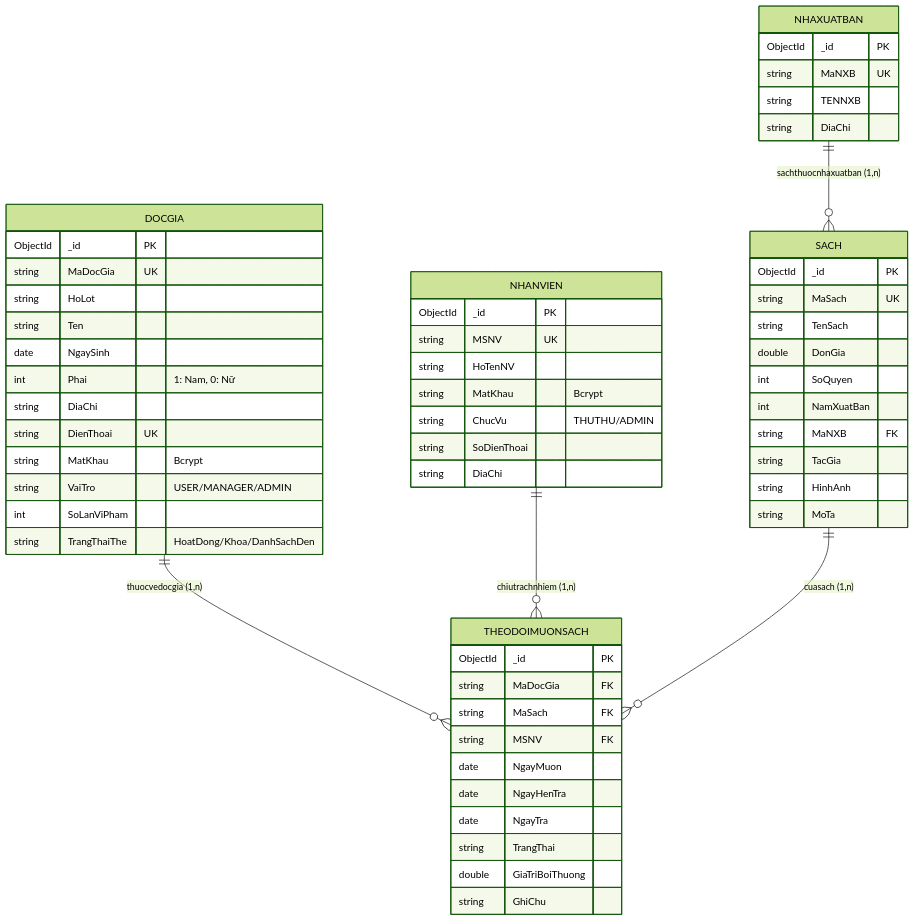
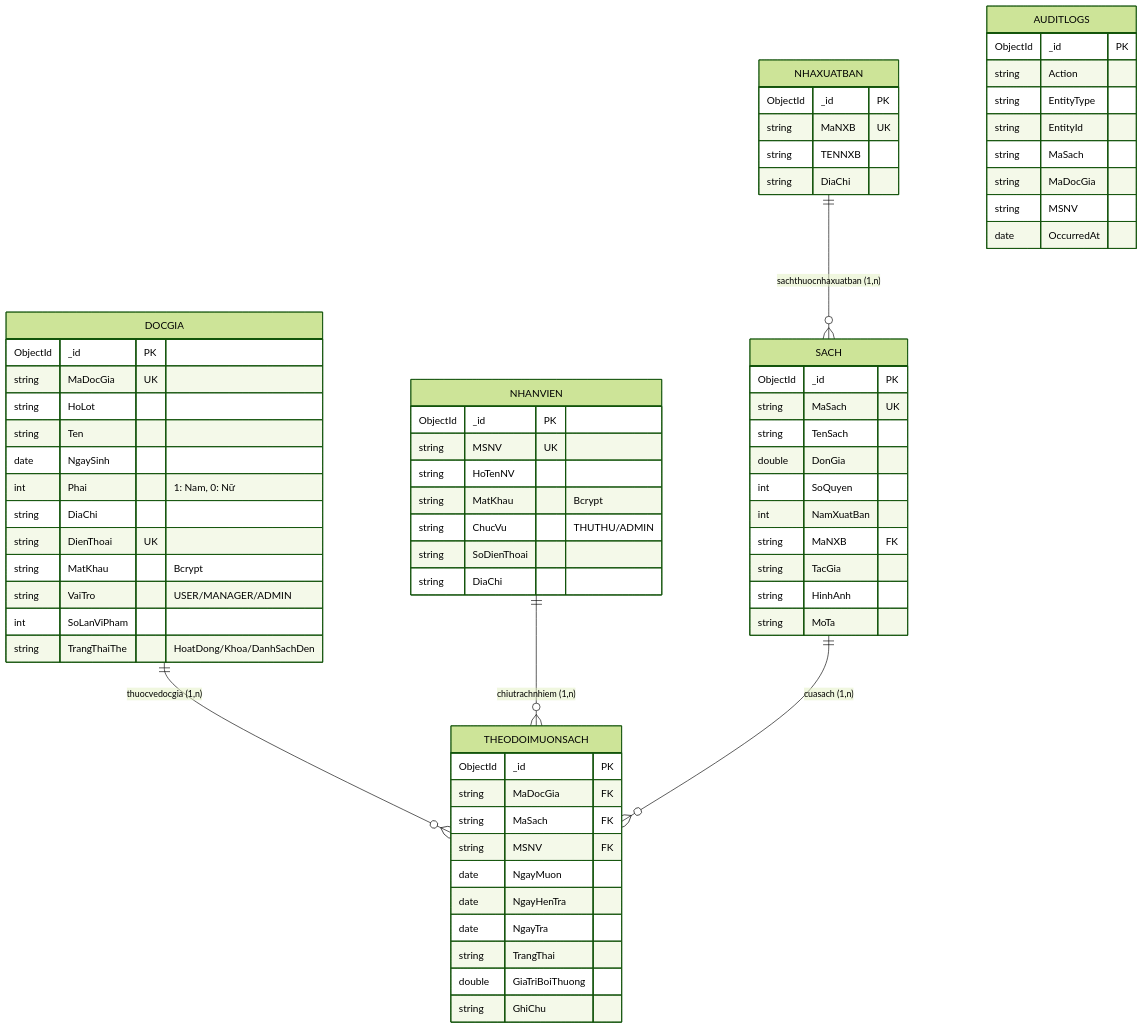
The diagram in docs/02_DATABASE.md (TranAnhVu2005/B2306603_Tran_Anh_Vu_Manage_Book_At_Library), drawn with Mermaid (forest theme) before and after one commit. The commit also changed other lines of this file and 21 other files, not shown here.

````diff
--- a/docs/02_DATABASE.md
+++ b/docs/02_DATABASE.md
@@ -126,65 +155,76 @@
 ```mermaid
 erDiagram
     DOCGIA ||--o{ THEODOIMUONSACH : "thuocvedocgia (1,n)"
     NHANVIEN ||--o{ THEODOIMUONSACH : "chiutrachnhiem (1,n)"
     SACH ||--o{ THEODOIMUONSACH : "cuasach (1,n)"
     NHAXUATBAN ||--o{ SACH : "sachthuocnhaxuatban (1,n)"
 
     DOCGIA {
         ObjectId _id PK
         string MaDocGia UK
         string HoLot
         string Ten
         date NgaySinh
         int Phai "1: Nam, 0: Nữ"
         string DiaChi
         string DienThoai UK
         string MatKhau "Bcrypt"
         string VaiTro "USER/MANAGER/ADMIN"
         int SoLanViPham
         string TrangThaiThe "HoatDong/Khoa/DanhSachDen"
     }
 
     NHANVIEN {
         ObjectId _id PK
         string MSNV UK
         string HoTenNV
         string MatKhau "Bcrypt"
         string ChucVu "THUTHU/ADMIN"
         string SoDienThoai
         string DiaChi
     }
 
     SACH {
         ObjectId _id PK
         string MaSach UK
         string TenSach
         double DonGia
         int SoQuyen
         int NamXuatBan
         string MaNXB FK
         string TacGia
         string HinhAnh
         string MoTa
     }
 
     NHAXUATBAN {
         ObjectId _id PK
         string MaNXB UK
         string TENNXB
         string DiaChi
     }
 
     THEODOIMUONSACH {
         ObjectId _id PK
         string MaDocGia FK
         string MaSach FK
         string MSNV FK
         date NgayMuon
         date NgayHenTra
         date NgayTra
         string TrangThai
         double GiaTriBoiThuong
         string GhiChu
     }
+
+    AUDITLOGS {
+        ObjectId _id PK
+        string Action
+        string EntityType
+        string EntityId
+        string MaSach
+        string MaDocGia
+        string MSNV
+        date OccurredAt
+    }
 ```
````
